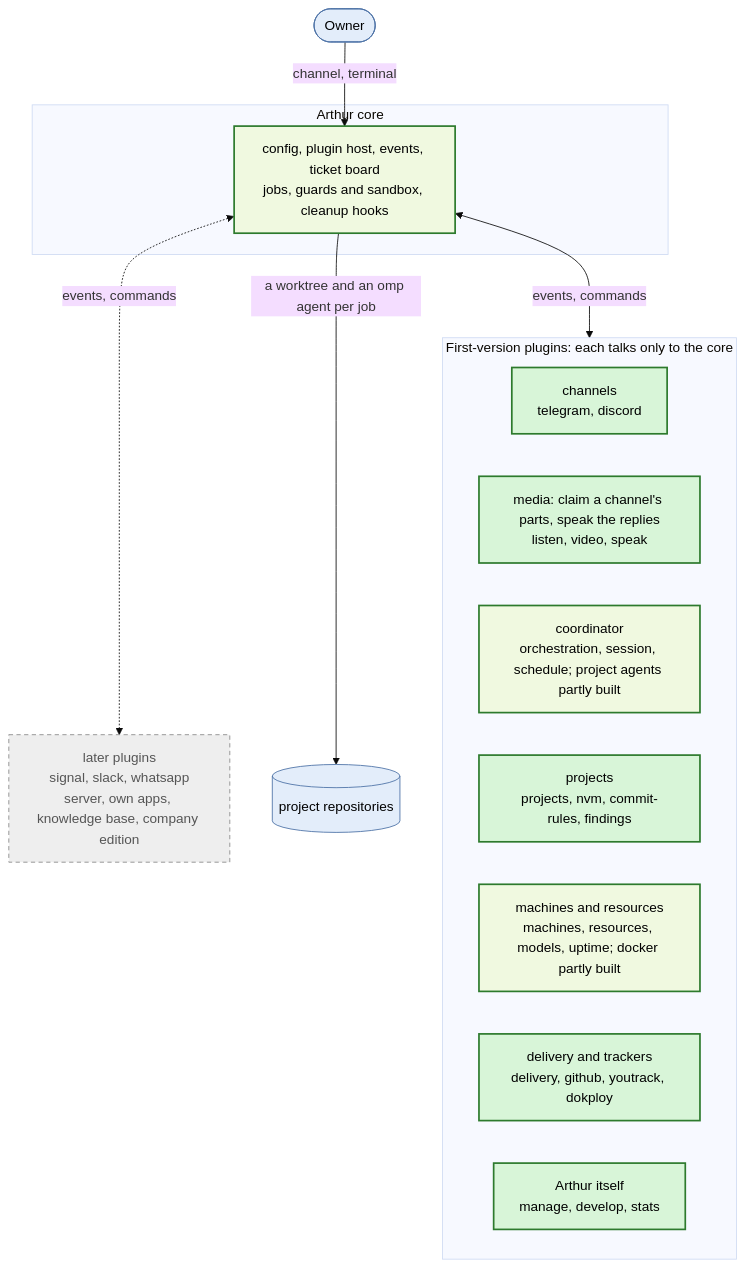
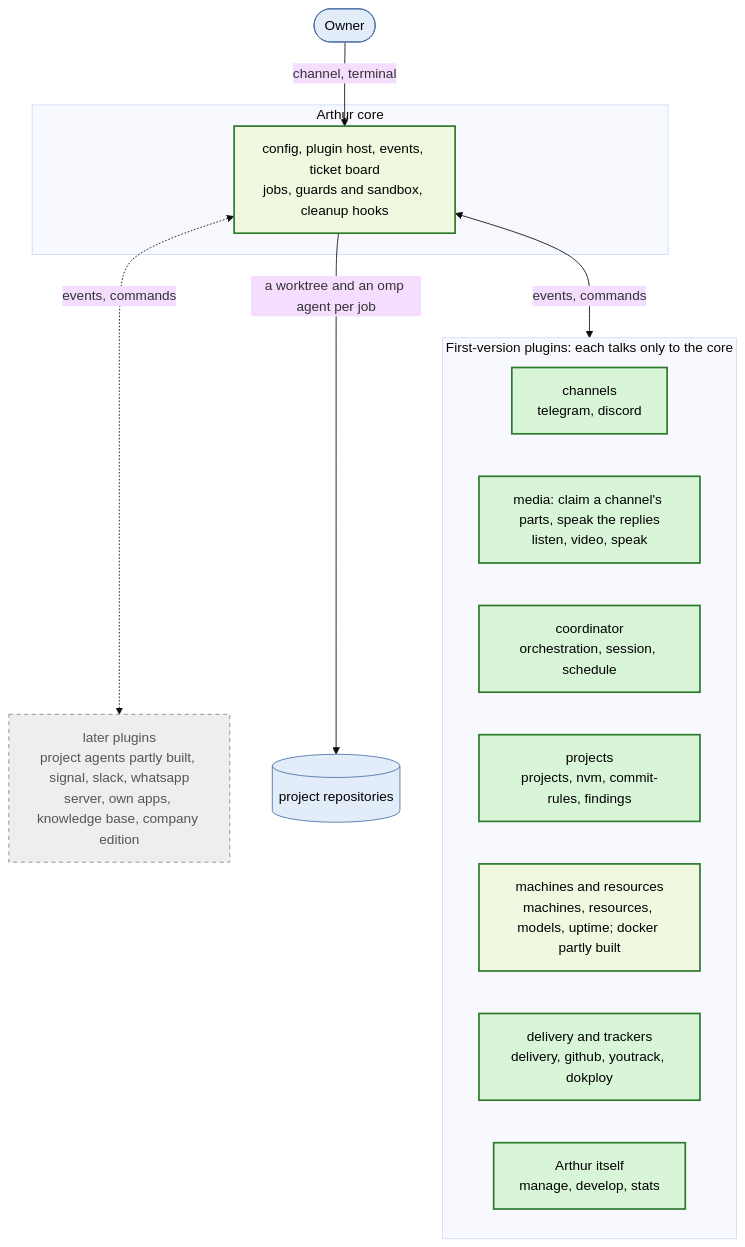
Before and after one commit to kacperadler/arthur: the diagram in README.md, drawn with Mermaid (base theme). The commit also changed 6 other files, not shown here.

Commit message:
fix(AR0705): project agents stay later; getMe without topics field

````diff
--- a/README.md
+++ b/README.md
@@ -62,28 +62,28 @@
 ```mermaid
 flowchart TD
   owner([Owner]) -->|channel, terminal| core
   subgraph CORE[Arthur core]
     core[config, plugin host, events, ticket board<br/>jobs, guards and sandbox, cleanup hooks]
   end
   subgraph FIRST[First-version plugins: each talks only to the core]
     chan[channels<br/>telegram, discord]
     media[media: claim a channel's parts, speak the replies<br/>listen, video, speak]
-    coord[coordinator<br/>orchestration, session, schedule; project agents partly built]
+    coord[coordinator<br/>orchestration, session, schedule]
     proj[projects<br/>projects, nvm, commit-rules, findings]
     res[machines and resources<br/>machines, resources, models, uptime; docker partly built]
     deliv[delivery and trackers<br/>delivery, github, youtrack, dokploy]
     self[Arthur itself<br/>manage, develop, stats]
   end
-  later[later plugins<br/>signal, slack, whatsapp<br/>server, own apps, knowledge base, company edition]
+  later[later plugins<br/>project agents partly built, signal, slack, whatsapp<br/>server, own apps, knowledge base, company edition]
   core <-->|events, commands| FIRST
   core <-.->|events, commands| later
   core -->|a worktree and an omp agent per job| repos[(project repositories)]
   classDef built fill:#d8f5d8,stroke:#2d7a2d,stroke-width:2px,color:#000;
   classDef partial fill:#f0f9e0,stroke:#2d7a2d,stroke-width:2px,color:#000;
   classDef planned fill:#eee,stroke:#888,stroke-dasharray:5 4,color:#555;
   classDef outside fill:#e3edfa,stroke:#4a6fa5,color:#000;
-  class proj,self,media,chan,deliv built;
-  class core,res,coord partial;
+  class coord,proj,self,media,chan,deliv built;
+  class core,res partial;
   class later planned;
   class owner,repos outside;
 ```
````
